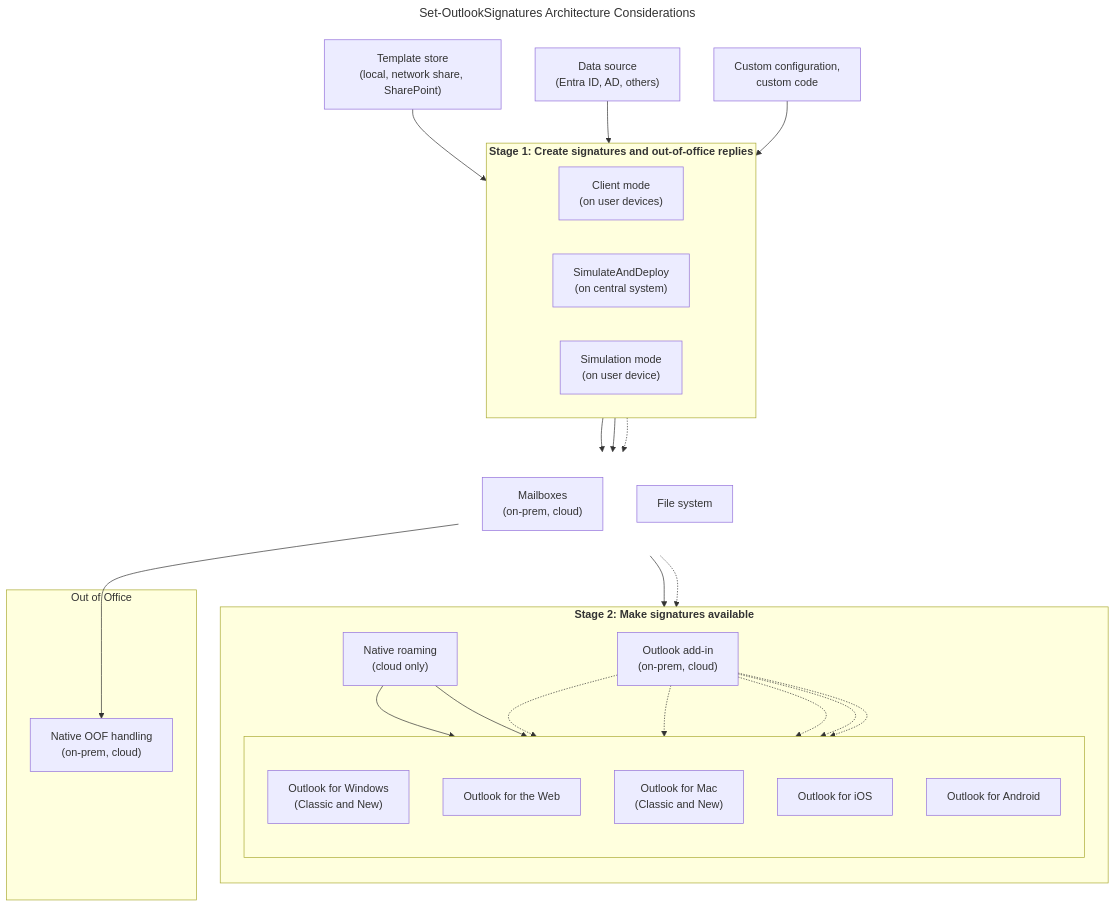
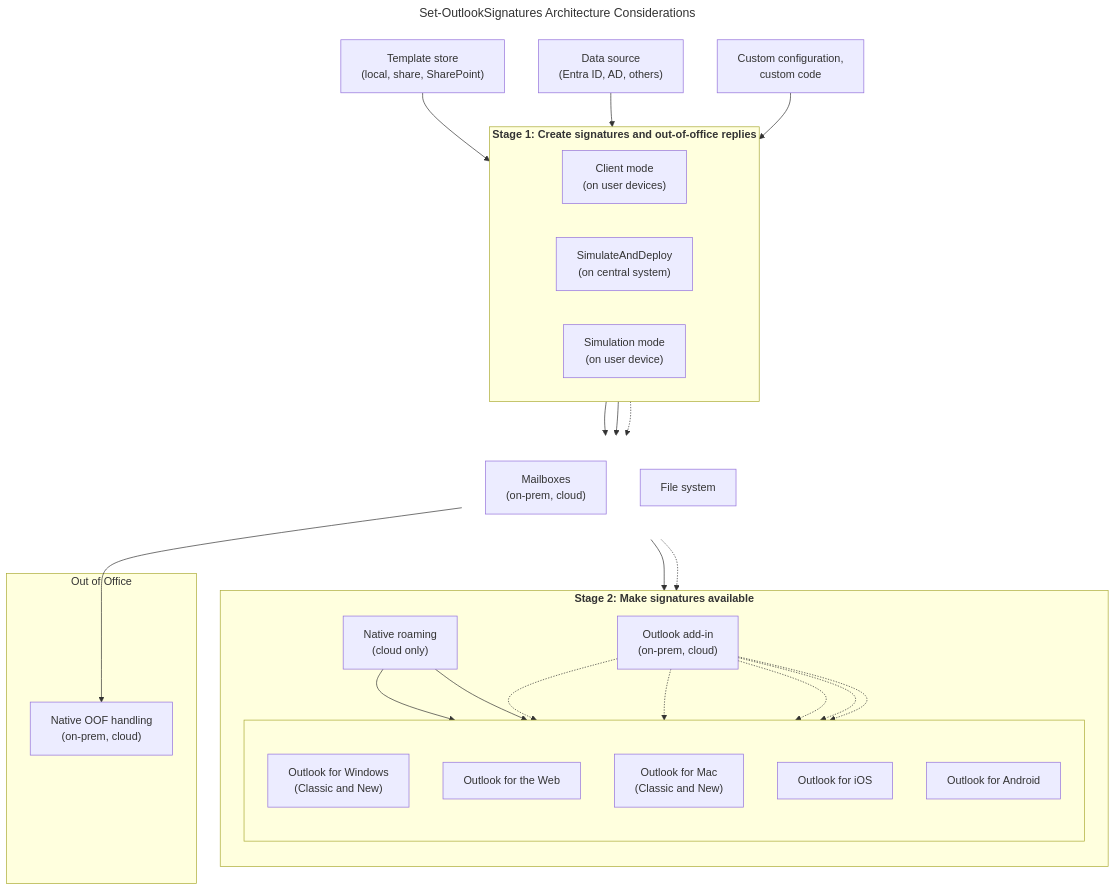
Before and after one commit to ExplicITConsulting/set-outlooksignatures.com: the diagram in details.en.md, drawn with Mermaid.

Commit message:
docs(details): Rephrasing

````diff
--- a/details.en.md
+++ b/details.en.md
@@ -96,63 +96,63 @@
 ```mermaid
 ---
 title: Set-OutlookSignatures Architecture Considerations
 ---
 flowchart TB
     classDef invisible fill:none,stroke:none;
 
-    templatestore["Template store<br/>(local, network share, SharePoint)"]
+    templatestore["Template store<br/>(local, share, SharePoint)"]
 
     datasource["Data source<br/>(Entra ID, AD, others)"]
 
     config["Custom configuration,<br/>custom code"]
 
     subgraph gen ["<b>Stage 1: Create signatures and out-of-office replies</b>"]
         direction LR
         clientmode["Client mode<br>(on user devices)"]
         simulateanddeploy["SimulateAndDeploy<br>(on central system)"]
         simulate["Simulation mode<br>(on user device)"]
     end
 
     subgraph mid [" "]
         direction TB
         mailbox["Mailboxes<br>(on-prem, cloud)"]
         filesystem["File system"]
     end
 
     subgraph avail ["<b>Stage 2: Make signatures available</b>"]
         direction TB
 
         roam["Native roaming<br>(cloud only)"]
         addin["Outlook add-in<br>(on-prem, cloud)"]
 
         subgraph outlookeditions [" "]
             direction TB
             WinOutlook["Outlook for Windows<br>(Classic and New)"]
             WebOutlook["Outlook for the Web"]
             Mac["Outlook for Mac<br>(Classic and New)"]
             iOS["Outlook for iOS"]
             Android["Outlook for Android"]
         end
     end
 
     subgraph oofbox["Out of Office"]
         oof["Native OOF handling<br>(on-prem, cloud)"]
     end
 
     class mid invisible;
 
     templatestore --> gen
     datasource --> gen
     config --> gen
 
     clientmode --> mailbox
     simulateanddeploy --> mailbox
     simulate -.-> filesystem
     
     mailbox --> roam
     mailbox --> oof
     mailbox -.-> addin
 
     roam --> WinOutlook & WebOutlook
     addin -.-> WinOutlook & WebOutlook & Mac & iOS & Android
 ```
````
